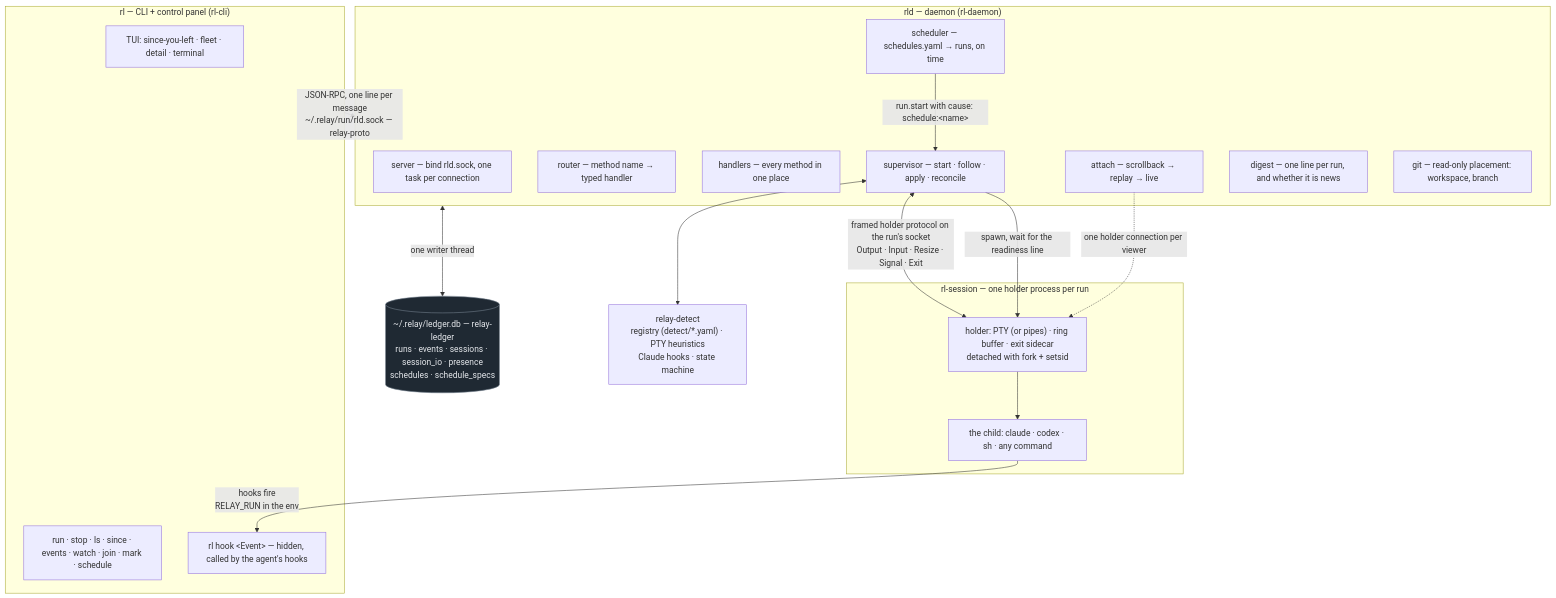
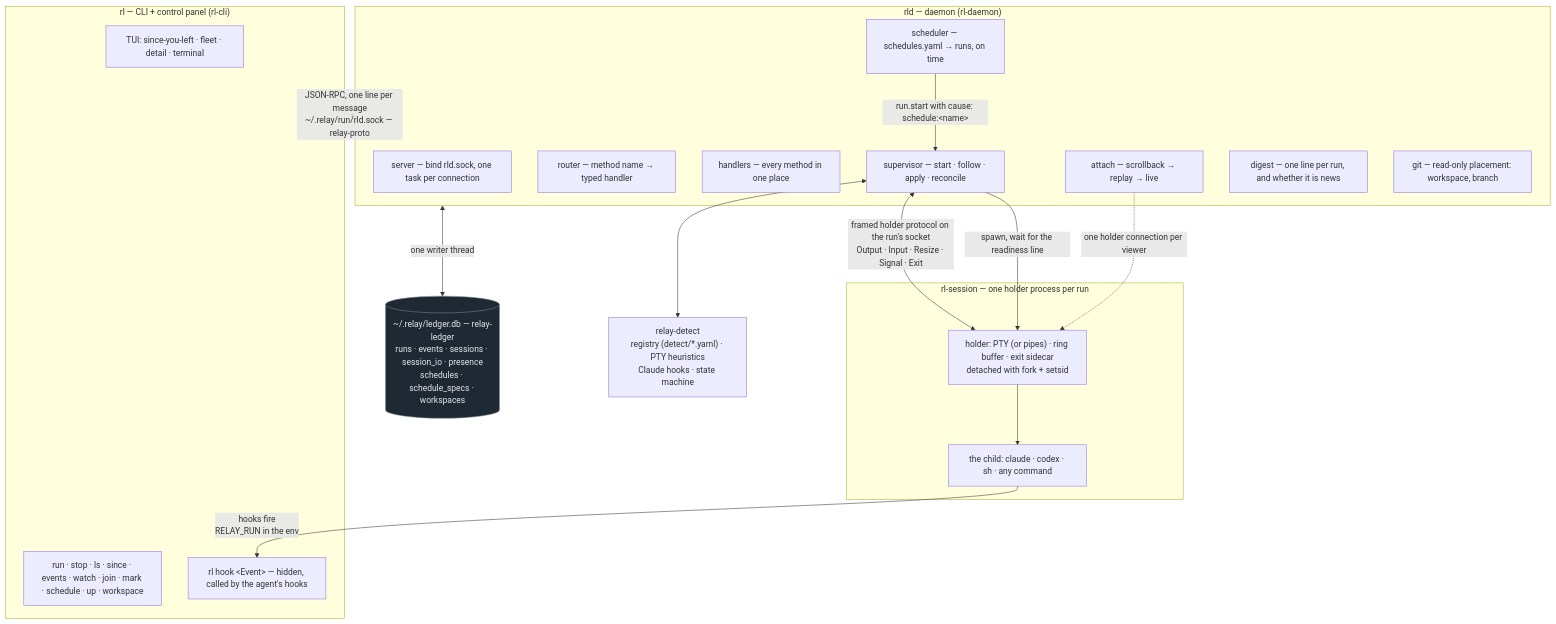
The first of 5 diagrams in docs/ARCHITECTURE.md (instilled/relay), drawn with Mermaid before and after one commit. The commit also changed other lines of this file and 13 other files, not shown here.

Commit message:
Workspaces: rl up, .relay/schedules.yaml per folder, approval by hash (#13)

````diff
--- a/docs/ARCHITECTURE.md
+++ b/docs/ARCHITECTURE.md
@@ -16,42 +16,42 @@
 ```mermaid
 flowchart TB
     subgraph cli["rl — CLI + control panel (rl-cli)"]
         tui["TUI: since-you-left · fleet · detail · terminal"]
-        cmds["run · stop · ls · since · events · watch · join · mark · schedule"]
+        cmds["run · stop · ls · since · events · watch · join · mark · schedule · up · workspace"]
         hookcmd["rl hook &lt;Event&gt; — hidden, called by the agent's hooks"]
     end
 
     subgraph rld["rld — daemon (rl-daemon)"]
         server["server — bind rld.sock, one task per connection"]
         router["router — method name → typed handler"]
         handlers["handlers — every method in one place"]
         sup["supervisor — start · follow · apply · reconcile"]
         sched["scheduler — schedules.yaml → runs, on time"]
         attach["attach — scrollback → replay → live"]
         digest["digest — one line per run, and whether it is news"]
         gitm["git — read-only placement: workspace, branch"]
     end
 
     subgraph holder["rl-session — one holder process per run"]
         h["holder: PTY (or pipes) · ring buffer · exit sidecar<br/>detached with fork + setsid"]
         child["the child: claude · codex · sh · any command"]
     end
 
     detect["relay-detect<br/>registry (detect/*.yaml) · PTY heuristics<br/>Claude hooks · state machine"]
-    db[("~/.relay/ledger.db — relay-ledger<br/>runs · events · sessions · session_io · presence<br/>schedules · schedule_specs")]
+    db[("~/.relay/ledger.db — relay-ledger<br/>runs · events · sessions · session_io · presence<br/>schedules · schedule_specs · workspaces")]
 
     cli -->|"JSON-RPC, one line per message<br/>~/.relay/run/rld.sock — relay-proto"| rld
     child -->|"hooks fire<br/>RELAY_RUN in the env"| hookcmd
 
     sup -->|"spawn, wait for the readiness line"| h
     sup <-->|"framed holder protocol on the run's socket<br/>Output · Input · Resize · Signal · Exit"| h
     sched -->|"run.start with cause: schedule:&lt;name&gt;"| sup
     attach -.->|"one holder connection per viewer"| h
     h --> child
 
     sup <--> detect
     rld <-->|"one writer thread"| db
 
     classDef store fill:#1f2933,stroke:#7b8794,color:#e4e7eb
     class db store
 ```
````
